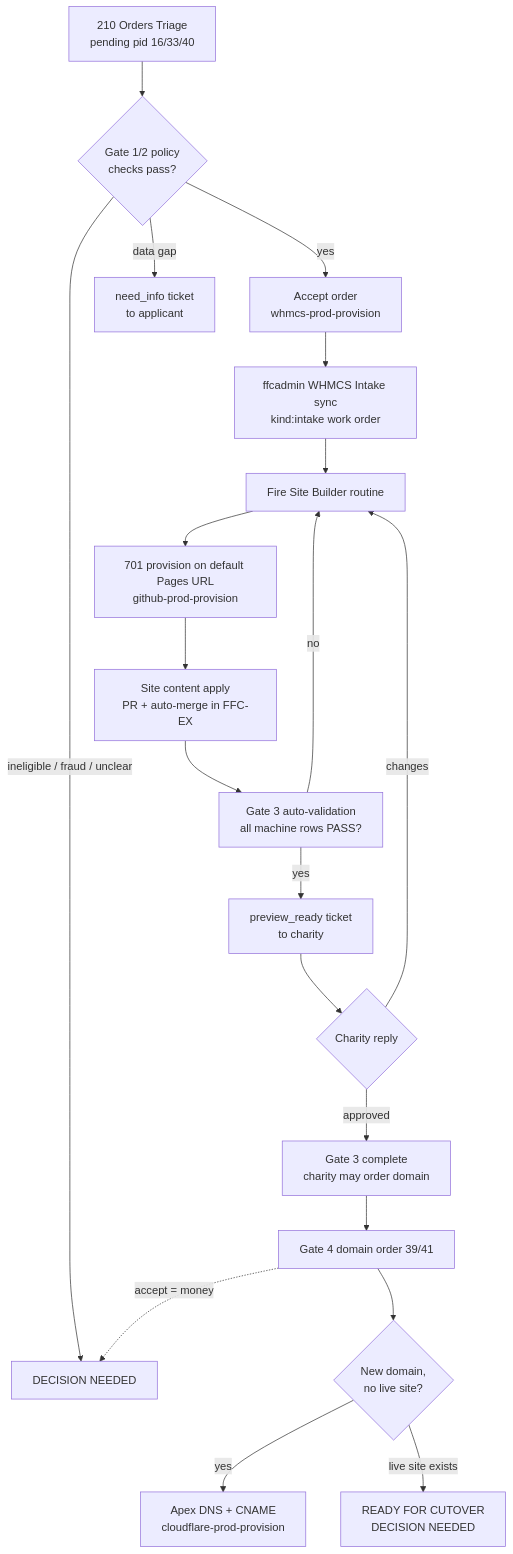
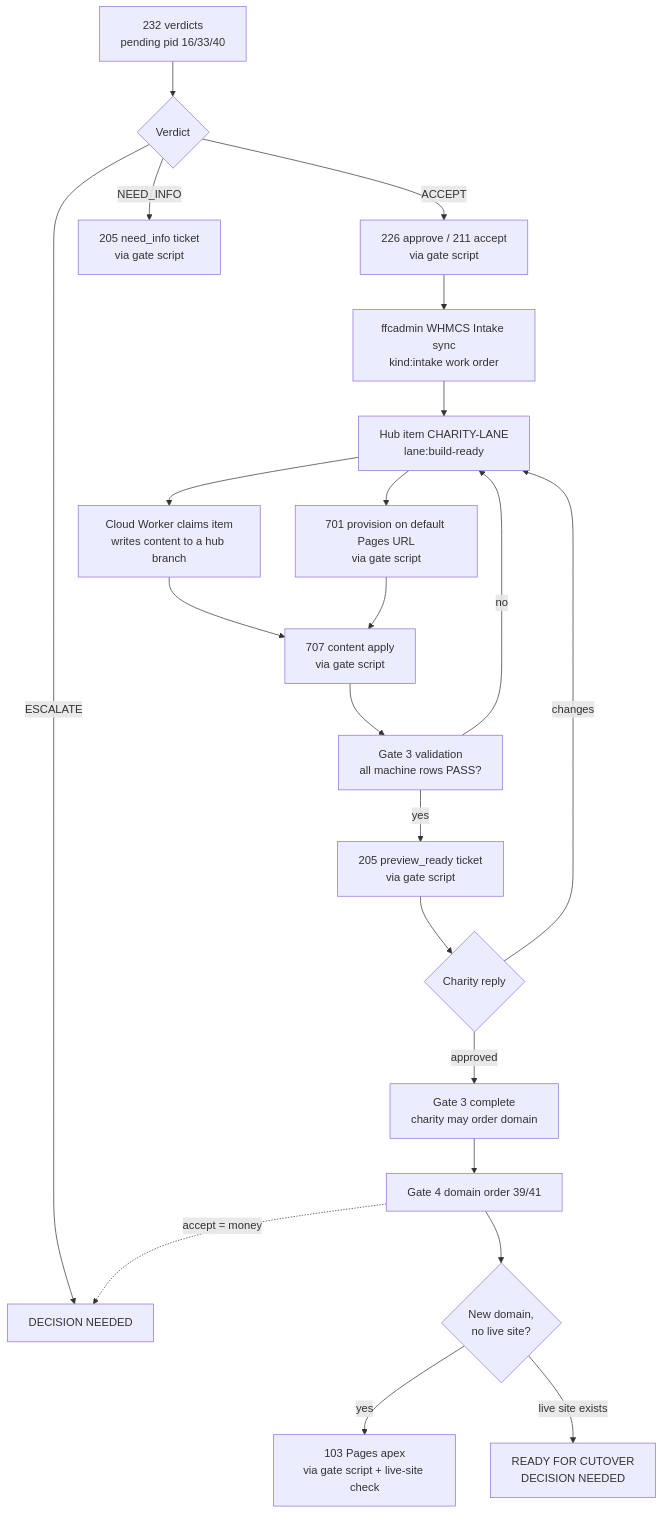
Before and after one commit to FreeForCharity/FFC-Cloudflare-Automation: the diagram in docs/charity-lane-pipeline.md, drawn with Mermaid. The commit also changed other lines of this file and 1 other file, not shown here.

First line of the commit message:
docs: bring the charity-lane pipeline doc in line with what was built

````diff
--- a/docs/charity-lane-pipeline.md
+++ b/docs/charity-lane-pipeline.md
@@ -55,22 +56,24 @@
 ```mermaid
 flowchart TD
-  A[210 Orders Triage<br/>pending pid 16/33/40] --> B{Gate 1/2 policy<br/>checks pass?}
-  B -- yes --> C[Accept order<br/>whmcs-prod-provision]
-  B -- data gap --> N[need_info ticket<br/>to applicant]
-  B -- ineligible / fraud / unclear --> X[DECISION NEEDED]
+  A[232 verdicts<br/>pending pid 16/33/40] --> B{Verdict}
+  B -- ACCEPT --> C[226 approve / 211 accept<br/>via gate script]
+  B -- NEED_INFO --> N[205 need_info ticket<br/>via gate script]
+  B -- ESCALATE --> X[DECISION NEEDED]
   C --> D[ffcadmin WHMCS Intake sync<br/>kind:intake work order]
-  D --> E[Fire Site Builder routine]
-  E --> F[701 provision on default Pages URL<br/>github-prod-provision]
-  F --> G[Site content apply<br/>PR + auto-merge in FFC-EX]
-  G --> H[Gate 3 auto-validation<br/>all machine rows PASS?]
-  H -- no --> E
-  H -- yes --> I[preview_ready ticket<br/>to charity]
+  D --> Q[Hub item CHARITY-LANE<br/>lane:build-ready]
+  Q --> F[701 provision on default Pages URL<br/>via gate script]
+  Q --> W[Cloud Worker claims item<br/>writes content to a hub branch]
+  W --> G[707 content apply<br/>via gate script]
+  F --> G
+  G --> H[Gate 3 validation<br/>all machine rows PASS?]
+  H -- no --> Q
+  H -- yes --> I[205 preview_ready ticket<br/>via gate script]
   I --> J{Charity reply}
-  J -- changes --> E
+  J -- changes --> Q
   J -- approved --> K[Gate 3 complete<br/>charity may order domain]
   K --> L[Gate 4 domain order 39/41]
+  L -. accept = money .-> X
   L --> M{New domain,<br/>no live site?}
-  M -- yes --> O[Apex DNS + CNAME<br/>cloudflare-prod-provision]
+  M -- yes --> O[103 Pages apex<br/>via gate script + live-site check]
   M -- live site exists --> P[READY FOR CUTOVER<br/>DECISION NEEDED]
-  L -. accept = money .-> X
 ```
````
